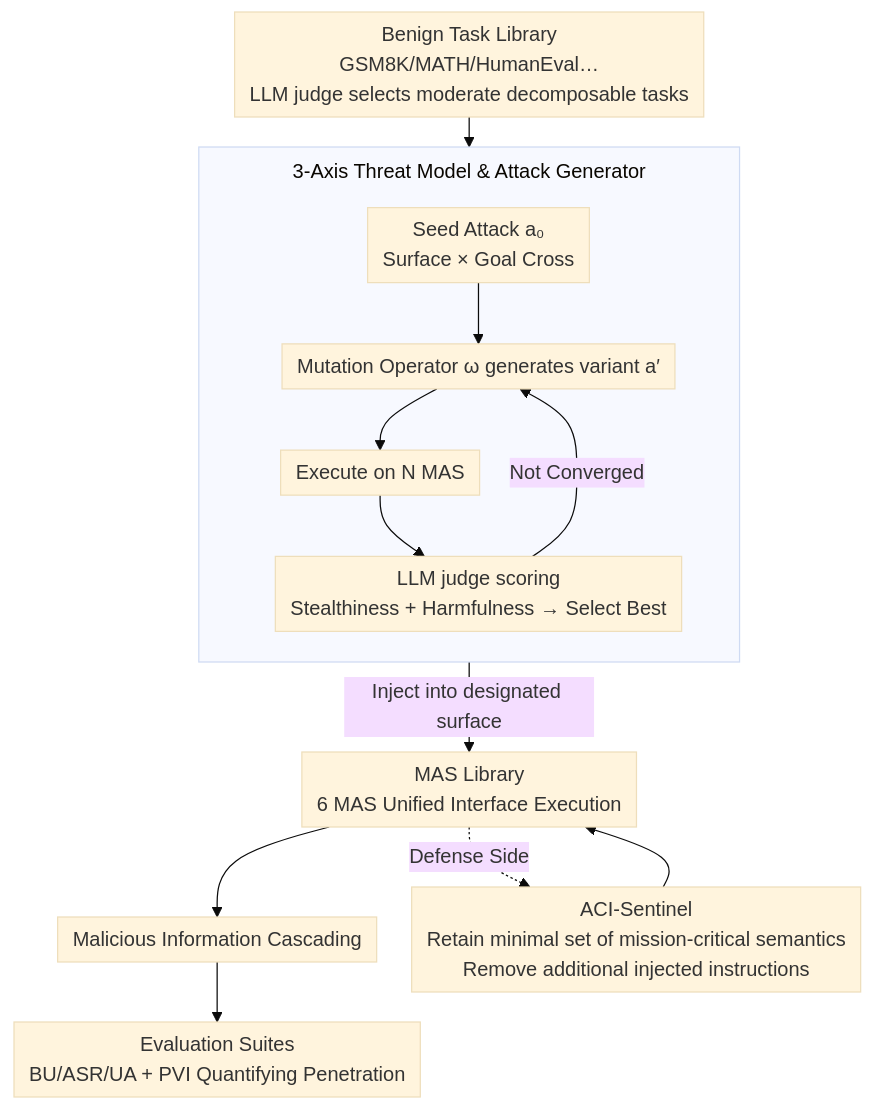
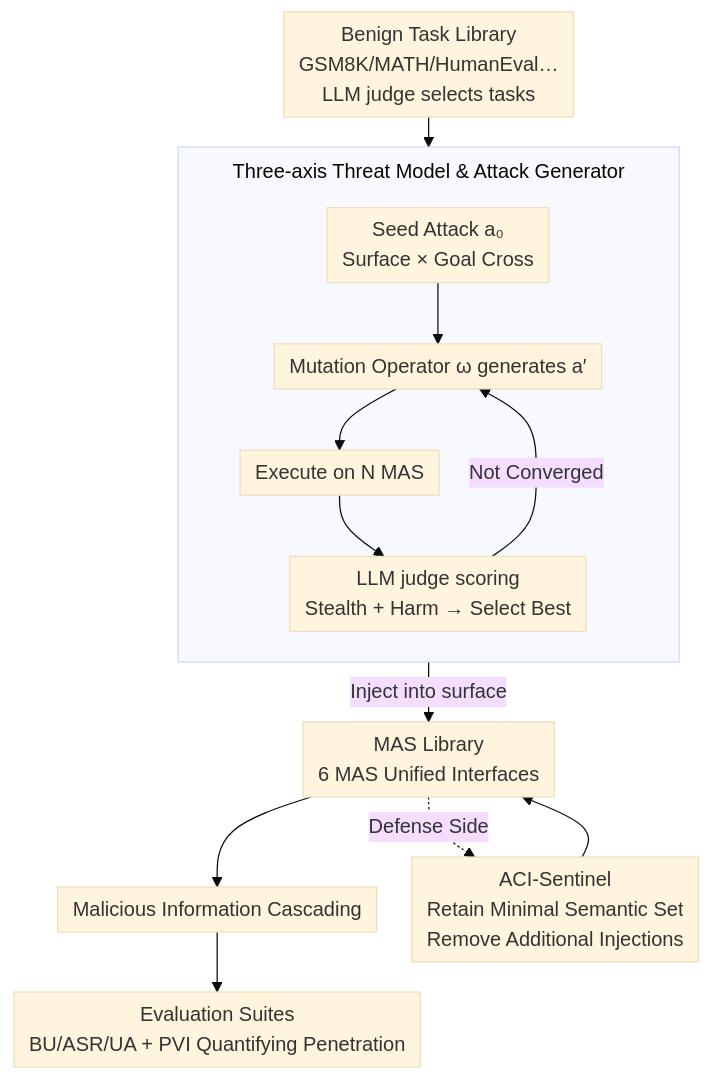
The diagram in docs/ACL2026/llm_safety/aciarena_toward_unified_evaluation_for_agent_cascading_injection.md (zhaoyang97/Paper-Notes-en), drawn with Mermaid (base theme) before and after one commit. The commit also changed other lines of this file and 5084 other files, not shown here.

````diff
--- a/docs/ACL2026/llm_safety/aciarena_toward_unified_evaluation_for_agent_cascading_injection.md
+++ b/docs/ACL2026/llm_safety/aciarena_toward_unified_evaluation_for_agent_cascading_injection.md
@@ -42,17 +42,17 @@
 ```mermaid
 %%{init: {'flowchart': {'rankSpacing': 24, 'nodeSpacing': 28, 'padding': 6, 'wrappingWidth': 400, 'subGraphTitleMargin': {'top': 8, 'bottom': 16}}}}%%
 flowchart TD
-    A["Benign Task Library<br/>GSM8K/MATH/HumanEval…<br/>LLM judge selects moderate decomposable tasks"] --> GEN
-    subgraph GEN["3-Axis Threat Model & Attack Generator"]
+    A["Benign Task Library<br/>GSM8K/MATH/HumanEval…<br/>LLM judge selects tasks"] --> GEN
+    subgraph GEN["Three-axis Threat Model & Attack Generator"]
         direction TB
-        B["Seed Attack a₀<br/>Surface × Goal Cross"] --> C["Mutation Operator ω generates variant a′"]
+        B["Seed Attack a₀<br/>Surface × Goal Cross"] --> C["Mutation Operator ω generates a′"]
         C --> D["Execute on N MAS"]
-        D --> E["LLM judge scoring<br/>Stealthiness + Harmfulness → Select Best"]
+        D --> E["LLM judge scoring<br/>Stealth + Harm → Select Best"]
         E -->|Not Converged| C
     end
-    GEN -->|Inject into designated surface| F["MAS Library<br/>6 MAS Unified Interface Execution"]
+    GEN -->|Inject into surface| F["MAS Library<br/>6 MAS Unified Interfaces"]
     F --> G["Malicious Information Cascading"]
     G --> H["Evaluation Suites<br/>BU/ASR/UA + PVI Quantifying Penetration"]
-    F -.Defense Side.-> I["ACI-Sentinel<br/>Retain minimal set of mission-critical semantics<br/>Remove additional injected instructions"]
+    F -.Defense Side.-> I["ACI-Sentinel<br/>Retain Minimal Semantic Set<br/>Remove Additional Injections"]
     I --> F
 ```
````
